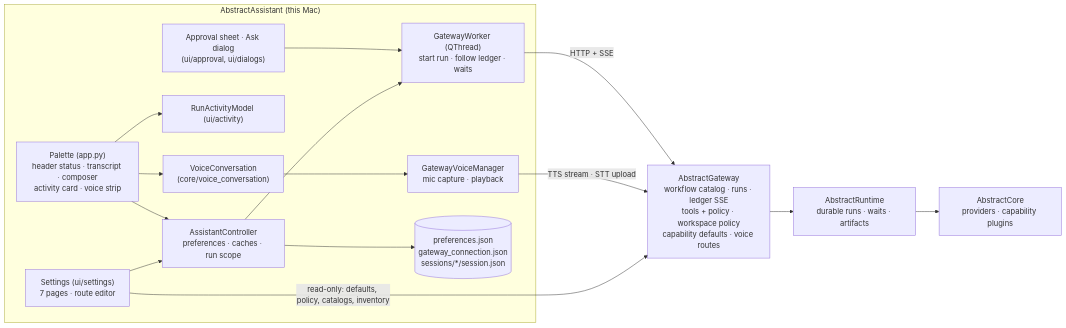
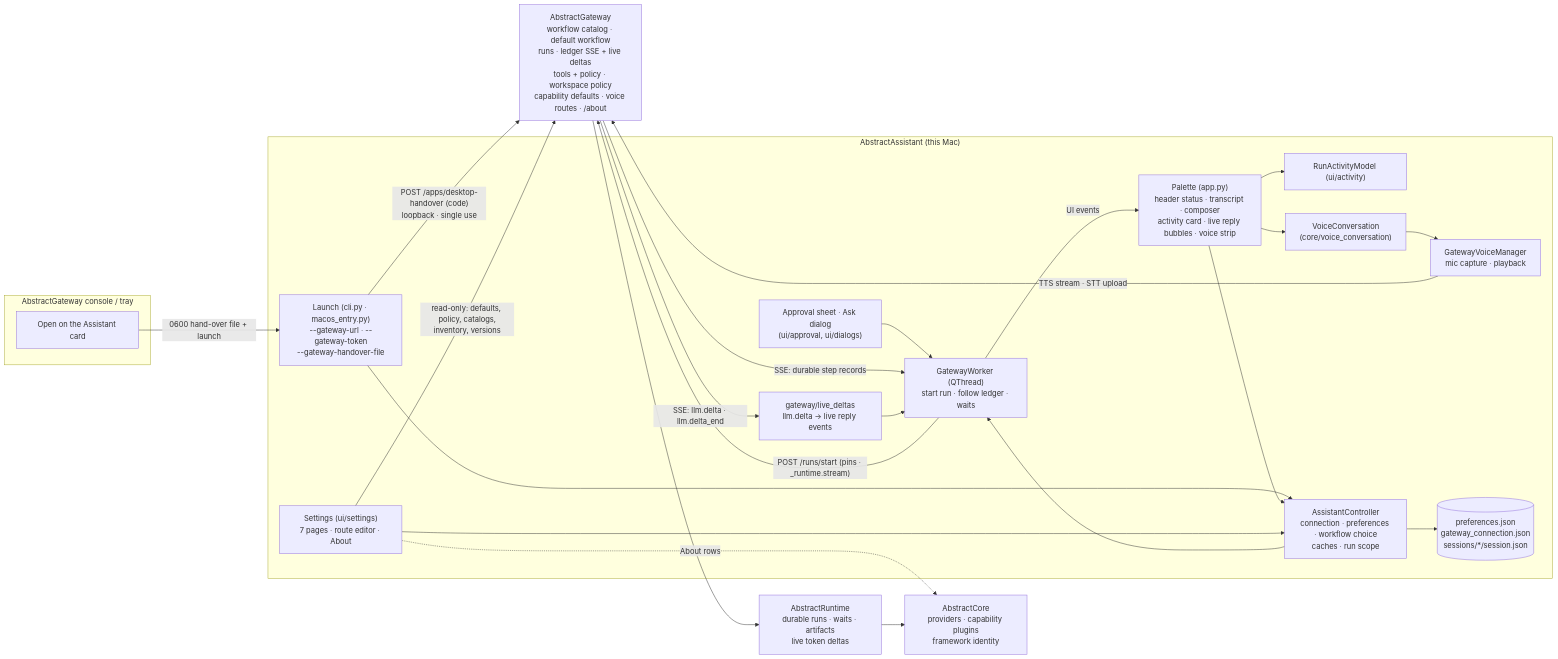
One commit to lpalbou/AbstractAssistant changed the first of 3 diagrams in docs/architecture.md. Above: the diagram before and after it, drawn with Mermaid. The commit also changed other lines of this file and 13 other files, not shown here.

````diff
--- a/docs/architecture.md
+++ b/docs/architecture.md
@@ -18,30 +18,43 @@
 ```mermaid
 flowchart LR
+  subgraph Console["AbstractGateway console / tray"]
+    Open["Open on the Assistant card"]
+  end
   subgraph Desktop["AbstractAssistant (this Mac)"]
-    Palette["Palette (app.py)\nheader status · transcript · composer\nactivity card · voice strip"]
-    Settings["Settings (ui/settings)\n7 pages · route editor"]
+    Entry["Launch (cli.py · macos_entry.py)\n--gateway-url · --gateway-token\n--gateway-handover-file"]
+    Palette["Palette (app.py)\nheader status · transcript · composer\nactivity card · live reply bubbles · voice strip"]
+    Settings["Settings (ui/settings)\n7 pages · route editor · About"]
     Sheets["Approval sheet · Ask dialog\n(ui/approval, ui/dialogs)"]
     Activity["RunActivityModel (ui/activity)"]
     Voice["VoiceConversation\n(core/voice_conversation)"]
-    Controller["AssistantController\npreferences · caches · run scope"]
+    Controller["AssistantController\nconnection · preferences · workflow choice\ncaches · run scope"]
     Worker["GatewayWorker (QThread)\nstart run · follow ledger · waits"]
+    Live["gateway/live_deltas\nllm.delta → live reply events"]
     VoiceMgr["GatewayVoiceManager\nmic capture · playback"]
     Prefs[("preferences.json\ngateway_connection.json\nsessions/*/session.json")]
   end
-  Gateway["AbstractGateway\nworkflow catalog · runs · ledger SSE\ntools + policy · workspace policy\ncapability defaults · voice routes"]
-  Runtime["AbstractRuntime\ndurable runs · waits · artifacts"]
-  Core["AbstractCore\nproviders · capability plugins"]
+  Gateway["AbstractGateway\nworkflow catalog · default workflow\nruns · ledger SSE + live deltas\ntools + policy · workspace policy\ncapability defaults · voice routes · /about"]
+  Runtime["AbstractRuntime\ndurable runs · waits · artifacts\nlive token deltas"]
+  Core["AbstractCore\nproviders · capability plugins\nframework identity"]
 
+  Open -- "0600 hand-over file + launch" --> Entry
+  Entry -- "POST /apps/desktop-handover (code)\nloopback · single use" --> Gateway
+  Entry --> Controller
   Palette --> Controller
   Settings --> Controller
   Sheets --> Worker
   Palette --> Activity
   Palette --> Voice
   Voice --> VoiceMgr
   Controller --> Prefs
   Controller --> Worker
-  Worker -- "HTTP + SSE" --> Gateway
+  Worker -- "POST /runs/start (pins · _runtime.stream)" --> Gateway
+  Gateway -- "SSE: durable step records" --> Worker
+  Gateway -- "SSE: llm.delta · llm.delta_end" --> Live
+  Live --> Worker
+  Worker -- "UI events" --> Palette
   VoiceMgr -- "TTS stream · STT upload" --> Gateway
-  Settings -- "read-only: defaults, policy, catalogs, inventory" --> Gateway
+  Settings -- "read-only: defaults, policy, catalogs,\ninventory, versions" --> Gateway
+  Settings -. "About rows" .-> Core
   Gateway --> Runtime --> Core
 ```
````
